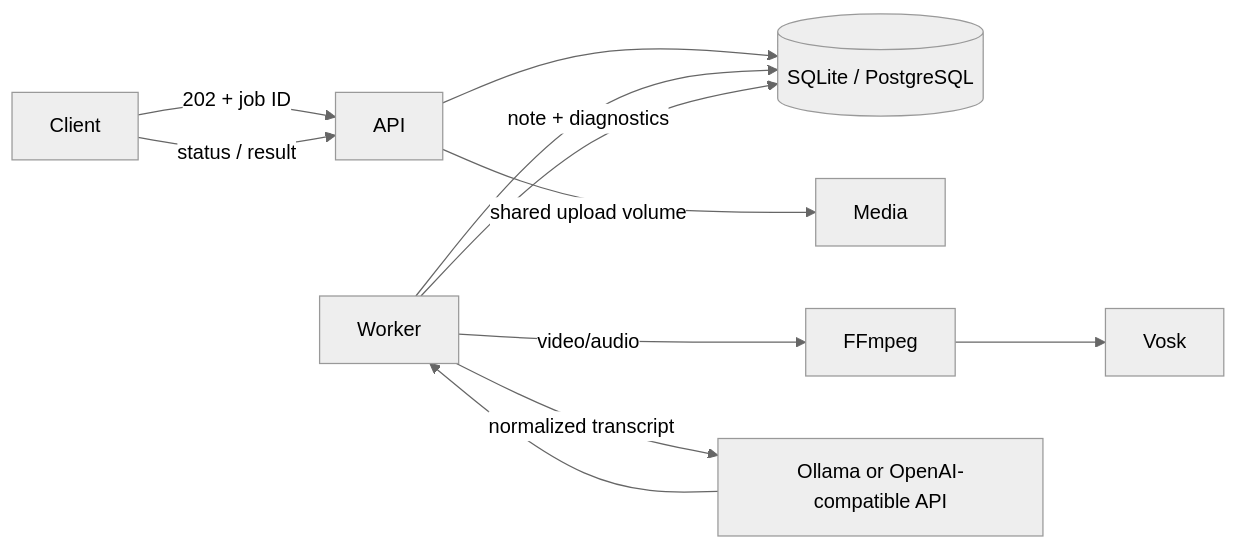
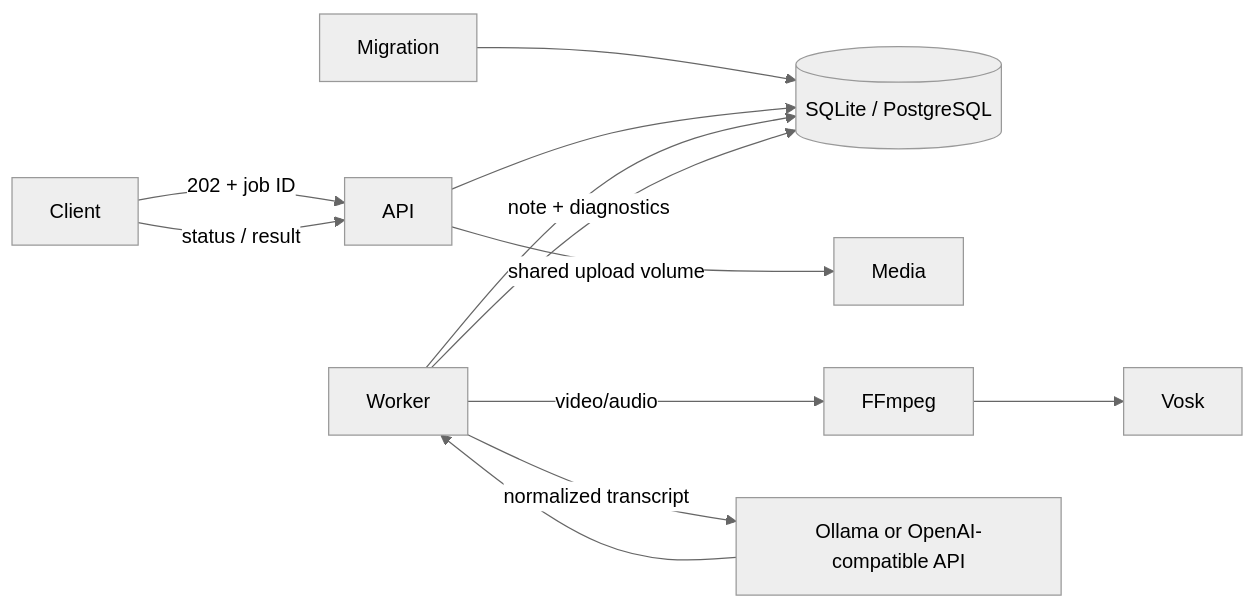
One commit to GadXx/konspekAI changed the diagram in docs/architecture.md. Above: the diagram before and after it, drawn with Mermaid (neutral theme). The commit also changed other lines of this file and 43 other files, not shown here.

````diff
--- a/docs/architecture.md
+++ b/docs/architecture.md
@@ -3,13 +3,14 @@
 ```mermaid
 flowchart LR
     Client -->|202 + job ID| API
+    Migration --> DB[(SQLite / PostgreSQL)]
     API --> DB[(SQLite / PostgreSQL)]
     API -->|shared upload volume| Media
     Worker --> DB
     Worker -->|video/audio| FFmpeg
     FFmpeg --> Vosk
     Worker -->|normalized transcript| LLM[Ollama or OpenAI-compatible API]
     LLM --> Worker
     Worker -->|note + diagnostics| DB
     Client -->|status / result| API
 ```
````
